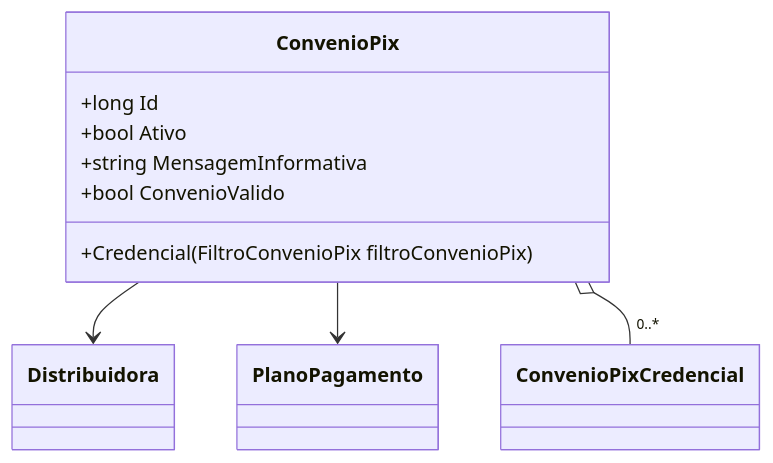
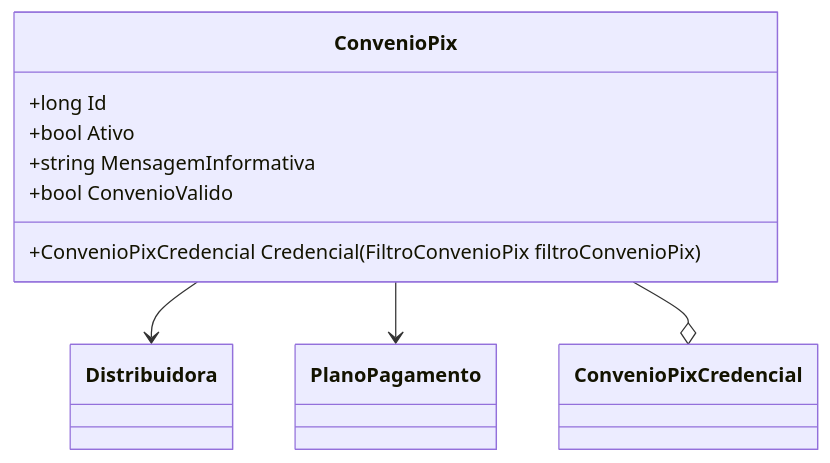
Before and after one commit to IsthmusSistemas/documentacao-tecnica: the second of 2 diagrams in docs/b2b-dominio/IsthmusWinthor.Nucleo/IsthmusWinthor.Dominio/Entidades/ConvenioPix.md, drawn with Mermaid. The commit also changed other lines of this file and 882 other files, not shown here.

````diff
--- a/docs/b2b-dominio/IsthmusWinthor.Nucleo/IsthmusWinthor.Dominio/Entidades/ConvenioPix.md
+++ b/docs/b2b-dominio/IsthmusWinthor.Nucleo/IsthmusWinthor.Dominio/Entidades/ConvenioPix.md
@@ -46,18 +45,18 @@
 ```mermaid
 classDiagram
     class ConvenioPix {
         +long Id
         +bool Ativo
         +string MensagemInformativa
+        +ConvenioPixCredencial Credencial(FiltroConvenioPix filtroConvenioPix)
         +bool ConvenioValido
-        +Credencial(FiltroConvenioPix filtroConvenioPix)
     }
-    
+
     class Distribuidora
     class PlanoPagamento
     class ConvenioPixCredencial
 
     ConvenioPix --> Distribuidora
     ConvenioPix --> PlanoPagamento
-    ConvenioPix o-- "0..*" ConvenioPixCredencial
+    ConvenioPix --o ConvenioPixCredencial
 ```
````
